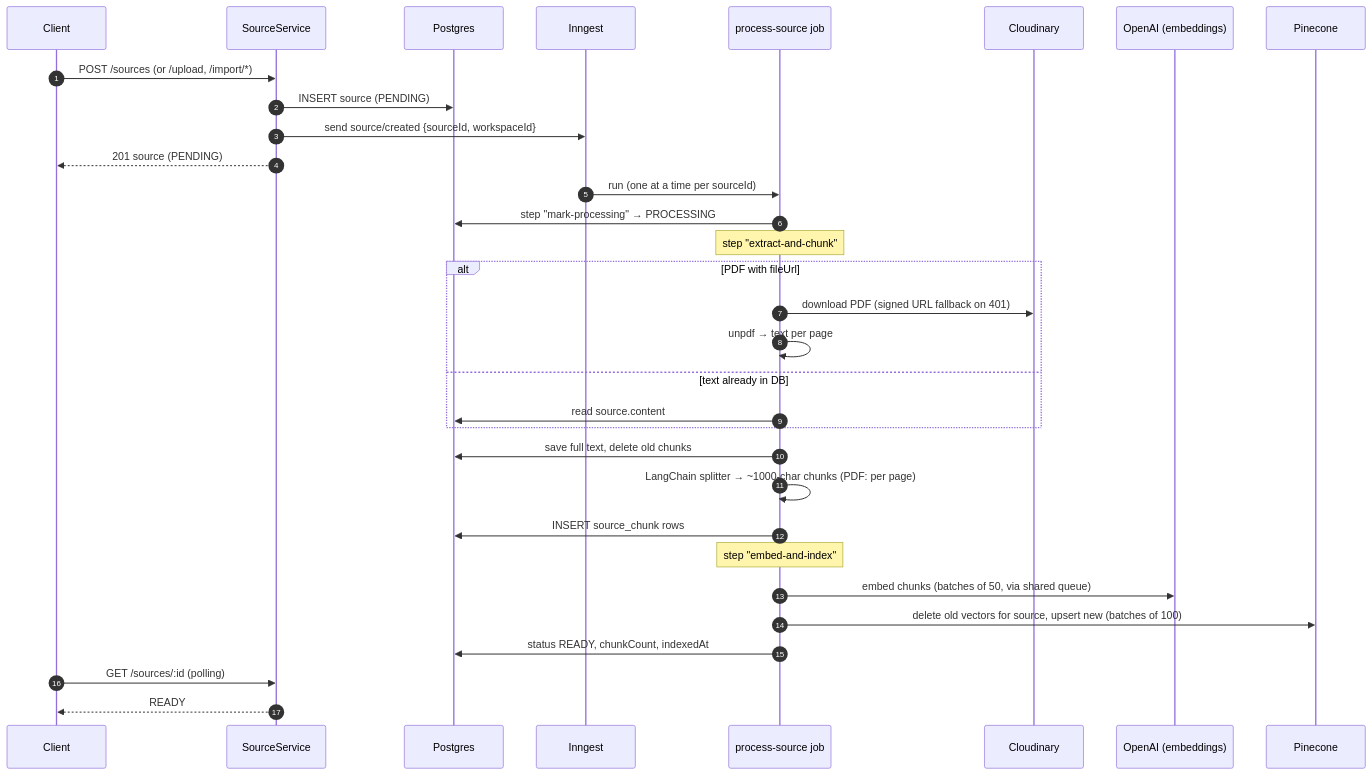
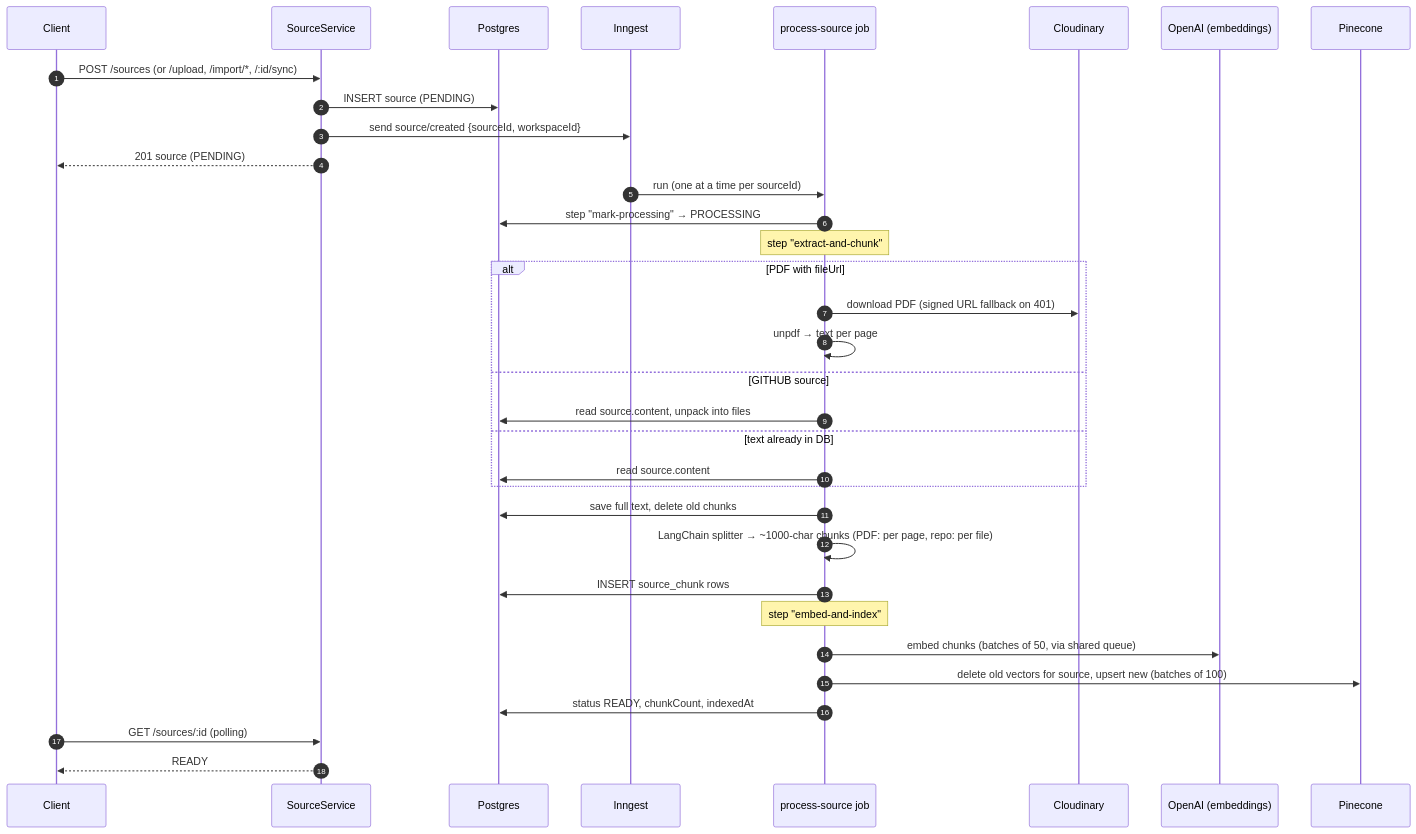
Before and after one commit to mohammedsaif001/grounded-brain-notebook-llm: the sixth of 12 diagrams in docs/ARCHITECTURE.md, drawn with Mermaid. The commit also changed other lines of this file and 11 other files, not shown here.

Commit message:
Updating Postman collection, diagrams, smoke tests

````diff
--- a/docs/ARCHITECTURE.md
+++ b/docs/ARCHITECTURE.md
@@ -591,36 +593,38 @@
 ```mermaid
 sequenceDiagram
     autonumber
     participant C as Client
     participant API as SourceService
     participant PG as Postgres
     participant IN as Inngest
     participant JOB as process-source job
     participant CL as Cloudinary
     participant OAI as OpenAI (embeddings)
     participant PC as Pinecone
 
-    C->>API: POST /sources (or /upload, /import/*)
+    C->>API: POST /sources (or /upload, /import/*, /:id/sync)
     API->>PG: INSERT source (PENDING)
     API->>IN: send source/created {sourceId, workspaceId}
     API-->>C: 201 source (PENDING)
 
     IN->>JOB: run (one at a time per sourceId)
     JOB->>PG: step "mark-processing" → PROCESSING
     Note over JOB: step "extract-and-chunk"
     alt PDF with fileUrl
         JOB->>CL: download PDF (signed URL fallback on 401)
         JOB->>JOB: unpdf → text per page
+    else GITHUB source
+        JOB->>PG: read source.content, unpack into files
     else text already in DB
         JOB->>PG: read source.content
     end
     JOB->>PG: save full text, delete old chunks
-    JOB->>JOB: LangChain splitter → ~1000-char chunks (PDF: per page)
+    JOB->>JOB: LangChain splitter → ~1000-char chunks (PDF: per page, repo: per file)
     JOB->>PG: INSERT source_chunk rows
     Note over JOB: step "embed-and-index"
     JOB->>OAI: embed chunks (batches of 50, via shared queue)
     JOB->>PC: delete old vectors for source, upsert new (batches of 100)
     JOB->>PG: status READY, chunkCount, indexedAt
     C->>API: GET /sources/:id (polling)
     API-->>C: READY
 ```
````
